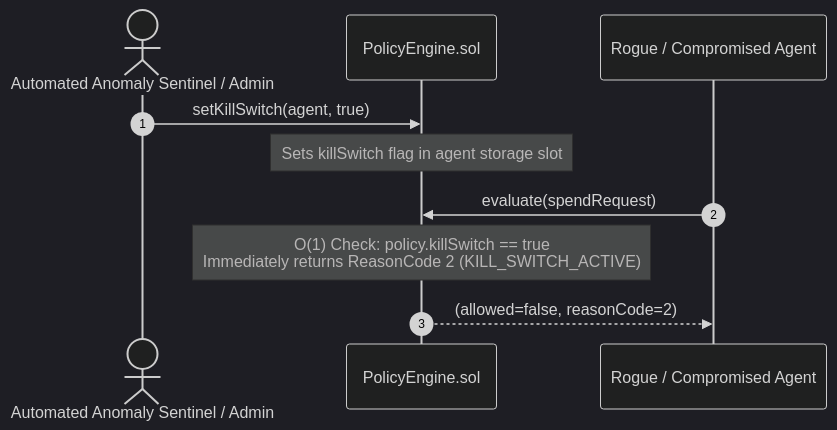
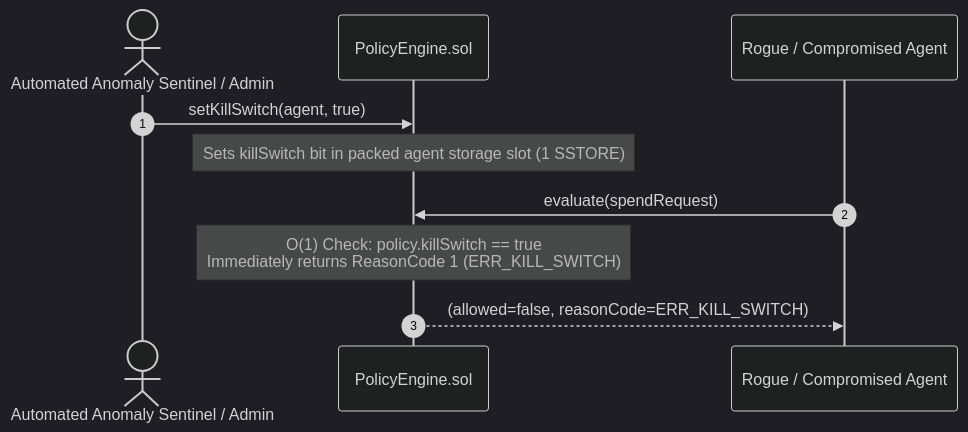
Before and after one commit to klyran-labs/metropolis: the third of 5 diagrams in docs/SYSTEM_FLOWS.md, drawn with Mermaid (dark theme). The commit also changed other lines of this file and 105 other files, not shown here.

````diff
--- a/docs/SYSTEM_FLOWS.md
+++ b/docs/SYSTEM_FLOWS.md
@@ -59,13 +67,13 @@
 ```mermaid
 sequenceDiagram
     autonumber
     actor Sentinel as Automated Anomaly Sentinel / Admin
     participant PE as PolicyEngine.sol
     participant Rogue as Rogue / Compromised Agent
     
     Sentinel->>PE: setKillSwitch(agent, true)
-    Note over PE: Sets killSwitch flag in agent storage slot
+    Note over PE: Sets killSwitch bit in packed agent storage slot (1 SSTORE)
     Rogue->>PE: evaluate(spendRequest)
-    Note over PE: O(1) Check: policy.killSwitch == true<br/>Immediately returns ReasonCode 2 (KILL_SWITCH_ACTIVE)
-    PE-->>Rogue: (allowed=false, reasonCode=2)
+    Note over PE: O(1) Check: policy.killSwitch == true<br/>Immediately returns ReasonCode 1 (ERR_KILL_SWITCH)
+    PE-->>Rogue: (allowed=false, reasonCode=ERR_KILL_SWITCH)
 ```
````
